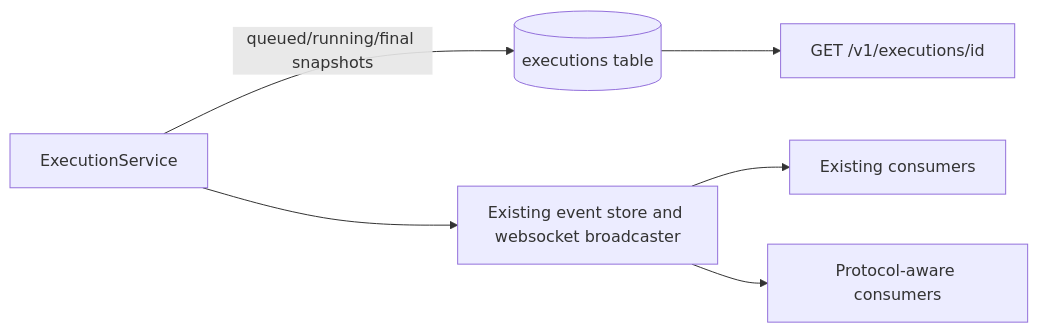
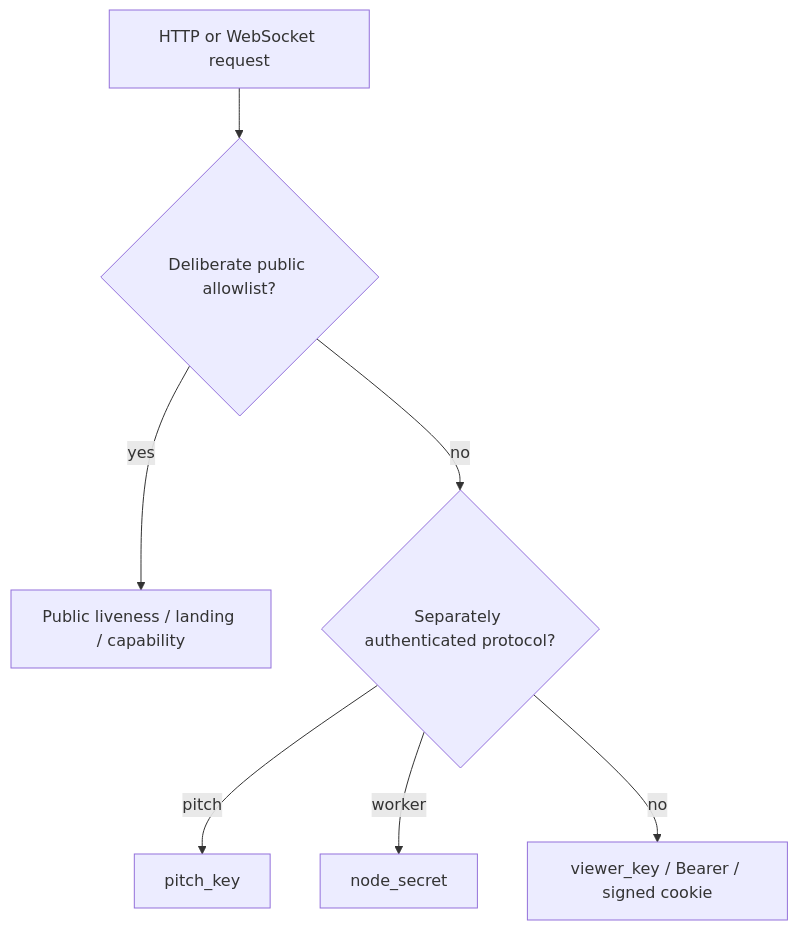
One commit to Jwrightsman/distributed-orchestrator changed the ninth of 9 diagrams in docs/ARCHITECTURE.md. Above: the diagram before and after it, drawn with Mermaid. The commit also changed other lines of this file and 10 other files, not shown here.

````diff
--- a/docs/ARCHITECTURE.md
+++ b/docs/ARCHITECTURE.md
@@ -145,8 +233,9 @@
 ```mermaid
-flowchart LR
-    S[ExecutionService] -->|queued/running/final snapshots| DB[(executions table)]
-    S --> EV[Existing event store and websocket broadcaster]
-    DB --> GET[GET /v1/executions/id]
-    EV --> OLD[Existing consumers]
-    EV --> NEW[Protocol-aware consumers]
+flowchart TD
+    H[HTTP or WebSocket request] --> P{Deliberate public allowlist?}
+    P -->|yes| U[Public liveness / landing / capability]
+    P -->|no| S{Separately authenticated protocol?}
+    S -->|pitch| K[pitch_key]
+    S -->|worker| N[node_secret]
+    S -->|no| V[viewer_key / Bearer / signed cookie]
 ```
````
